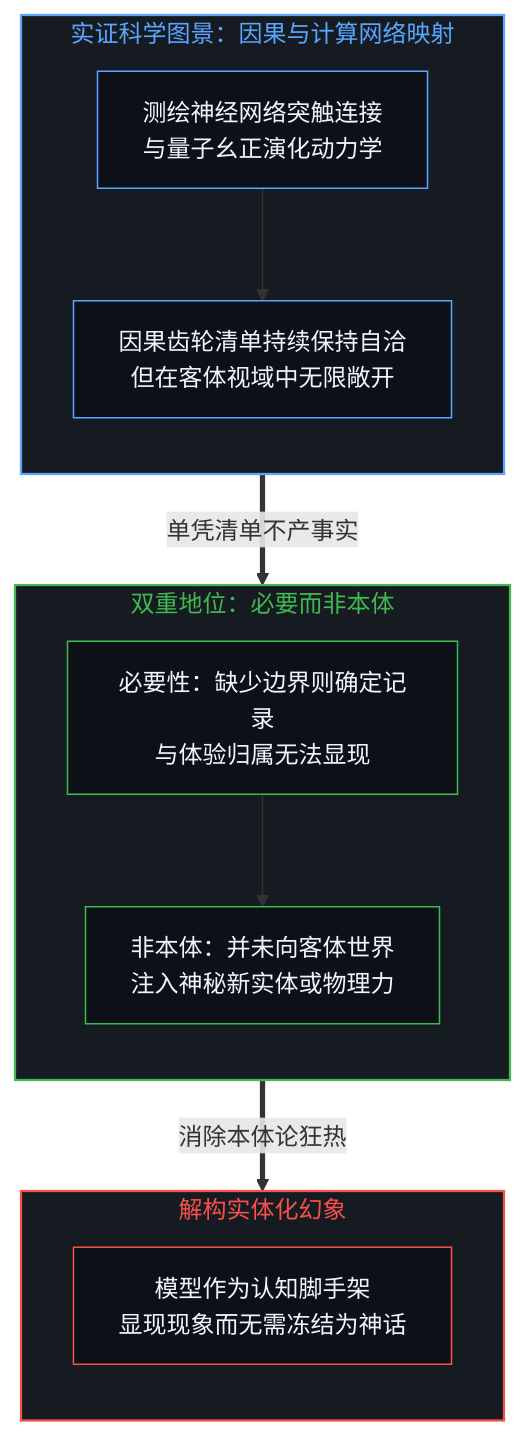
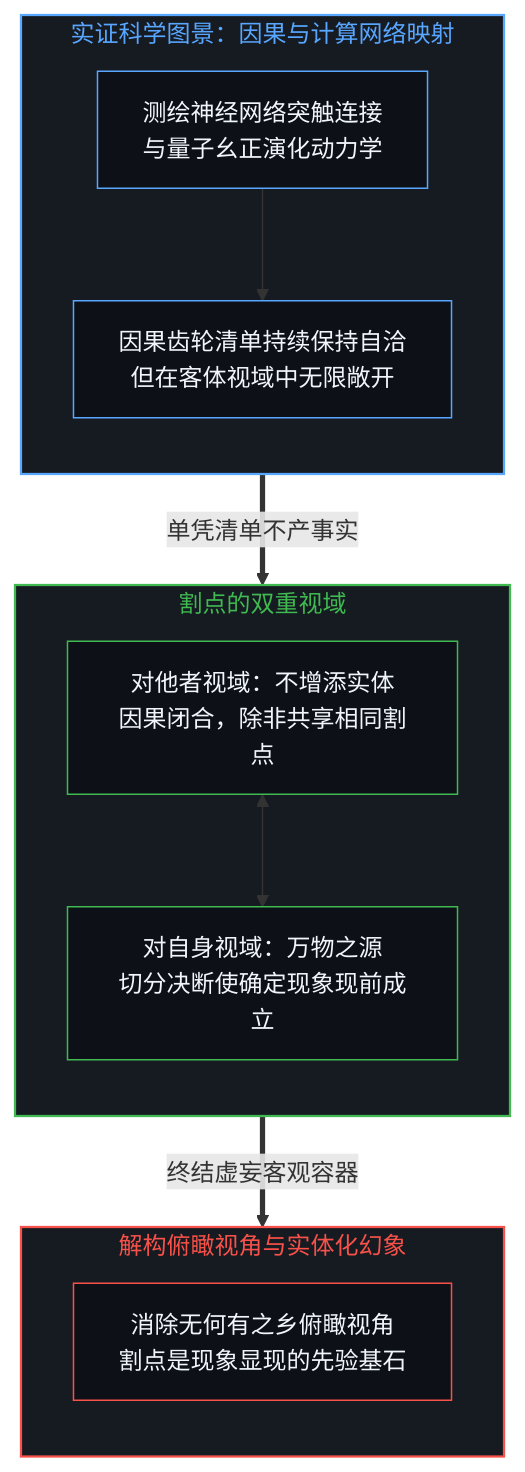
The seventh of 8 diagrams in content/posts/consciousness-ascription-and-the-quantum-cut.md (powerpig99/not-a-toe), drawn with Mermaid before and after one commit. The commit also changed other lines of this file and 3 other files, not shown here.

````diff
--- a/content/posts/consciousness-ascription-and-the-quantum-cut.md
+++ b/content/posts/consciousness-ascription-and-the-quantum-cut.md
@@ -225,32 +225,32 @@
 ```mermaid
 flowchart TD
     subgraph S_EMPIRICAL_ZH ["实证科学图景：因果与计算网络映射"]
         direction TB
         style S_EMPIRICAL_ZH fill:#161b22,stroke:#58a6ff,stroke-width:1.5px,color:#58a6ff
         E_Map["测绘神经网络突触连接<br/>与量子幺正演化动力学"]
         E_Extend["因果齿轮清单持续保持自洽<br/>但在客体视域中无限敞开"]
         E_Map --> E_Extend
         style E_Map fill:#0d1117,stroke:#58a6ff,stroke-width:1px,color:#f0f6fc
         style E_Extend fill:#0d1117,stroke:#58a6ff,stroke-width:1px,color:#f0f6fc
     end
 
-    subgraph S_STATUS_ZH ["双重地位：必要而非本体"]
+    subgraph S_HORIZON_ZH ["割点的双重视域"]
         direction TB
-        style S_STATUS_ZH fill:#161b22,stroke:#3fb950,stroke-width:1.5px,color:#3fb950
-        N_Req["必要性：缺少边界则确定记录<br/>与体验归属无法显现"]
-        N_Non["非本体：并未向客体世界<br/>注入神秘新实体或物理力"]
-        N_Req --> N_Non
-        style N_Req fill:#0d1117,stroke:#3fb950,stroke-width:1px,color:#f0f6fc
-        style N_Non fill:#0d1117,stroke:#3fb950,stroke-width:1px,color:#f0f6fc
+        style S_HORIZON_ZH fill:#161b22,stroke:#3fb950,stroke-width:1.5px,color:#3fb950
+        N_Other["对他者视域：不增添实体<br/>因果闭合，除非共享相同割点"]
+        N_Self["对自身视域：万物之源<br/>切分决断使确定现象现前成立"]
+        N_Other <--> N_Self
+        style N_Other fill:#0d1117,stroke:#3fb950,stroke-width:1px,color:#f0f6fc
+        style N_Self fill:#0d1117,stroke:#3fb950,stroke-width:1px,color:#f0f6fc
     end
 
-    subgraph S_RESOLUTION_ZH ["解构实体化幻象"]
+    subgraph S_RESOLUTION_ZH ["解构俯瞰视角与实体化幻象"]
         direction TB
         style S_RESOLUTION_ZH fill:#161b22,stroke:#f85149,stroke-width:1.5px,color:#f85149
-        R_Scaffold["模型作为认知脚手架<br/>显现现象而无需冻结为神话"]
+        R_Scaffold["消除无何有之乡俯瞰视角<br/>割点是现象显现的先验基石"]
         style R_Scaffold fill:#0d1117,stroke:#f85149,stroke-width:1px,color:#f0f6fc
     end
 
-    E_Extend ==>|"单凭清单不产事实"| N_Req
-    N_Non ==>|"消除本体论狂热"| R_Scaffold
+    E_Extend ==>|"单凭清单不产事实"| S_HORIZON_ZH
+    S_HORIZON_ZH ==>|"终结虚妄客观容器"| R_Scaffold
 ```
````
